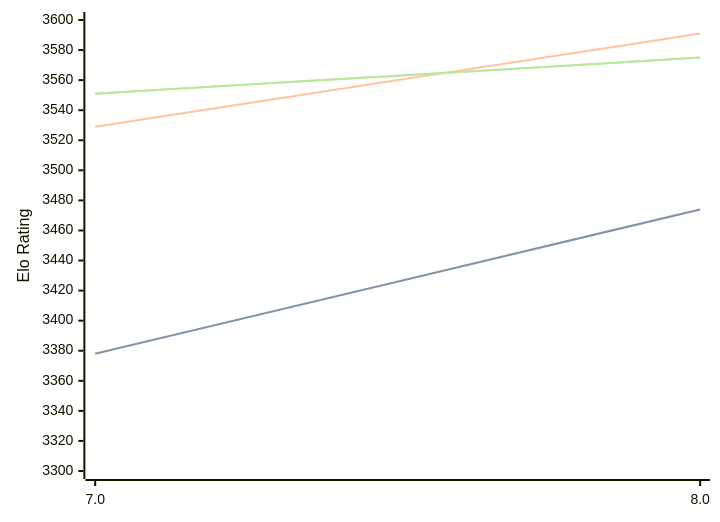
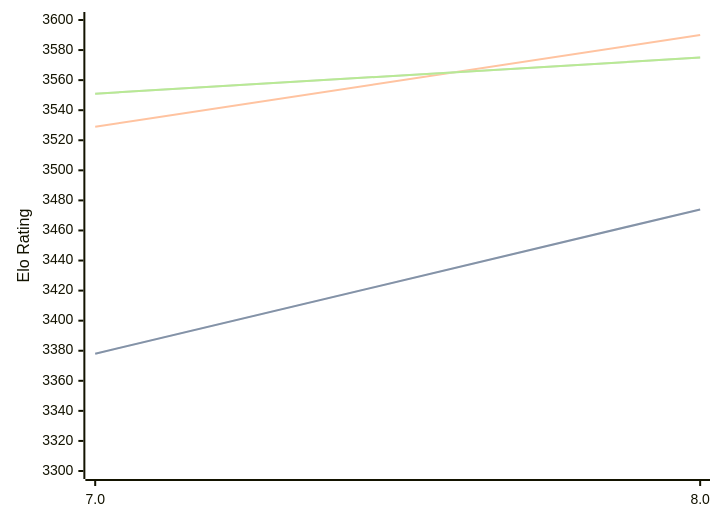
Before and after one commit to computer-chess-index/cci: the diagram in engines/Integral.md, drawn with Mermaid. The commit also changed other lines of this file, not shown here.

````diff
--- a/engines/Integral.md
+++ b/engines/Integral.md
@@ -32,11 +32,11 @@
 ```mermaid
 %%{init: {"theme":"base","themeVariables":{"seriesColors:['#a3a3a3','#222221','#faa371']}}}%%
 xychart-beta
   x-axis ["7.0", "8.0"]
   y-axis "Elo Rating" 3300 --> 3600
   line "" [3378, 3474]
   line "STC (8.0+0.08s)" [3378, 3474]
-  line "LTC (60.0+0.60s)" [3529, 3591]
+  line "LTC (60.0+0.60s)" [3529, 3590]
   line "" [3551, 3575]
   line "VLTC (2m24s+1.12s)" [3551, 3575]
 ```
````
